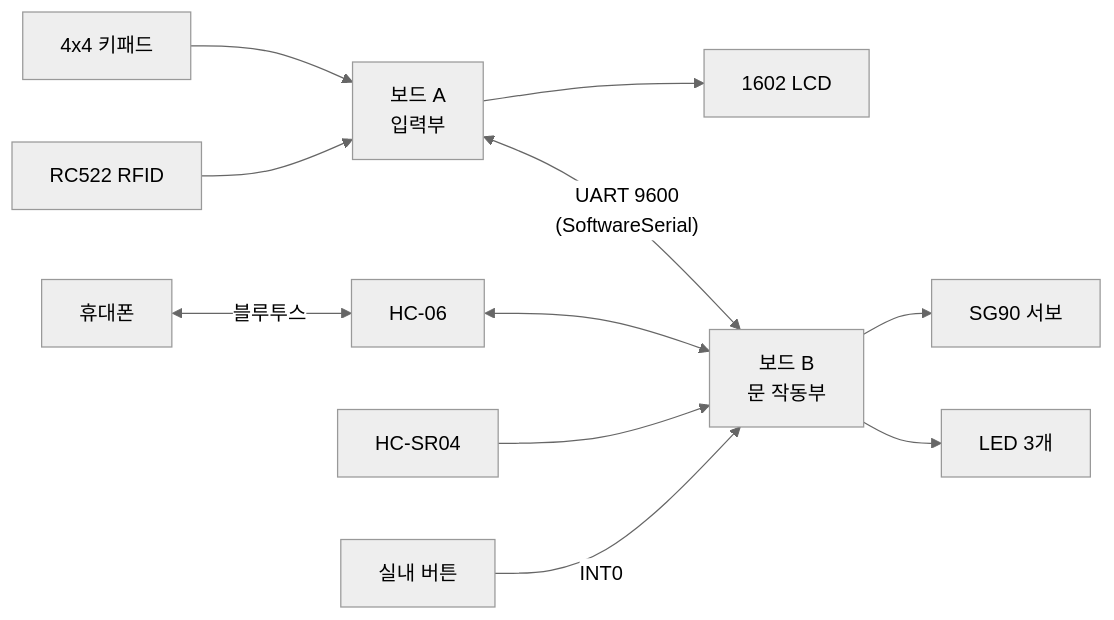
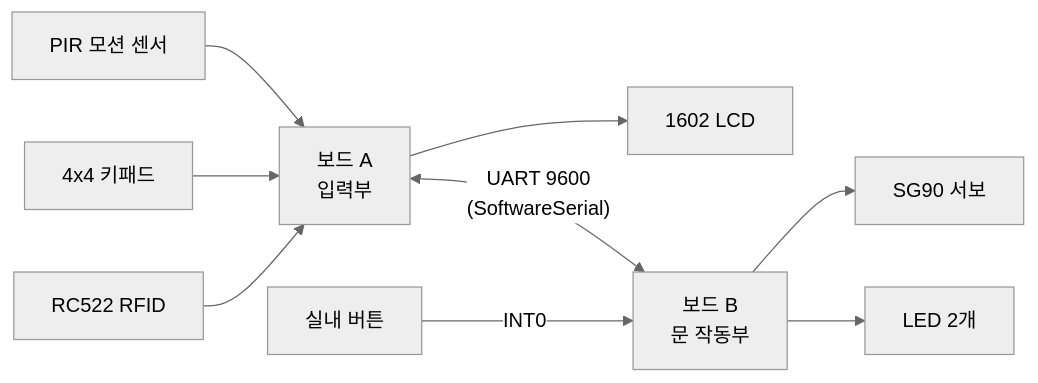
Before and after one commit to oceanstarlight/arduino-doorlock: the diagram in README.md, drawn with Mermaid (neutral theme). The commit also changed other lines of this file and 7 other files, not shown here.

First line of the commit message:
PIR 키패드 활성화, 블루투스·초음파·노랑 LED·서보 외부전원 제거, 최소화 코드 추가

````diff
--- a/README.md
+++ b/README.md
@@ -32,12 +31,11 @@
 ```mermaid
 flowchart LR
+  PIR[PIR 모션 센서] --> A
   KP[4x4 키패드] --> A
   RF[RC522 RFID] --> A
   A --> LCD[1602 LCD]
   A["보드 A<br/>입력부"] <-- "UART 9600<br/>(SoftwareSerial)" --> B["보드 B<br/>문 작동부"]
-  PH[휴대폰] <-- 블루투스 --> BT[HC-06] <--> B
-  US[HC-SR04] --> B
   BTN[실내 버튼] -- INT0 --> B
   B --> SV[SG90 서보]
-  B --> LED[LED 3개]
+  B --> LED[LED 2개]
 ```
````
